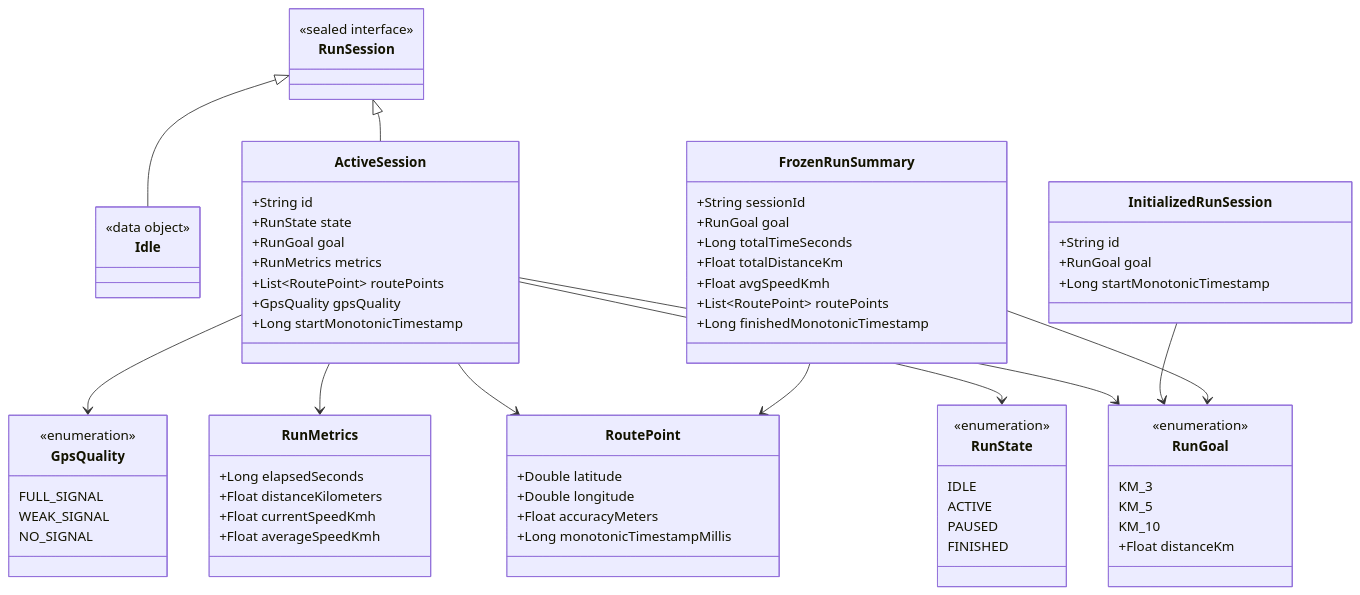
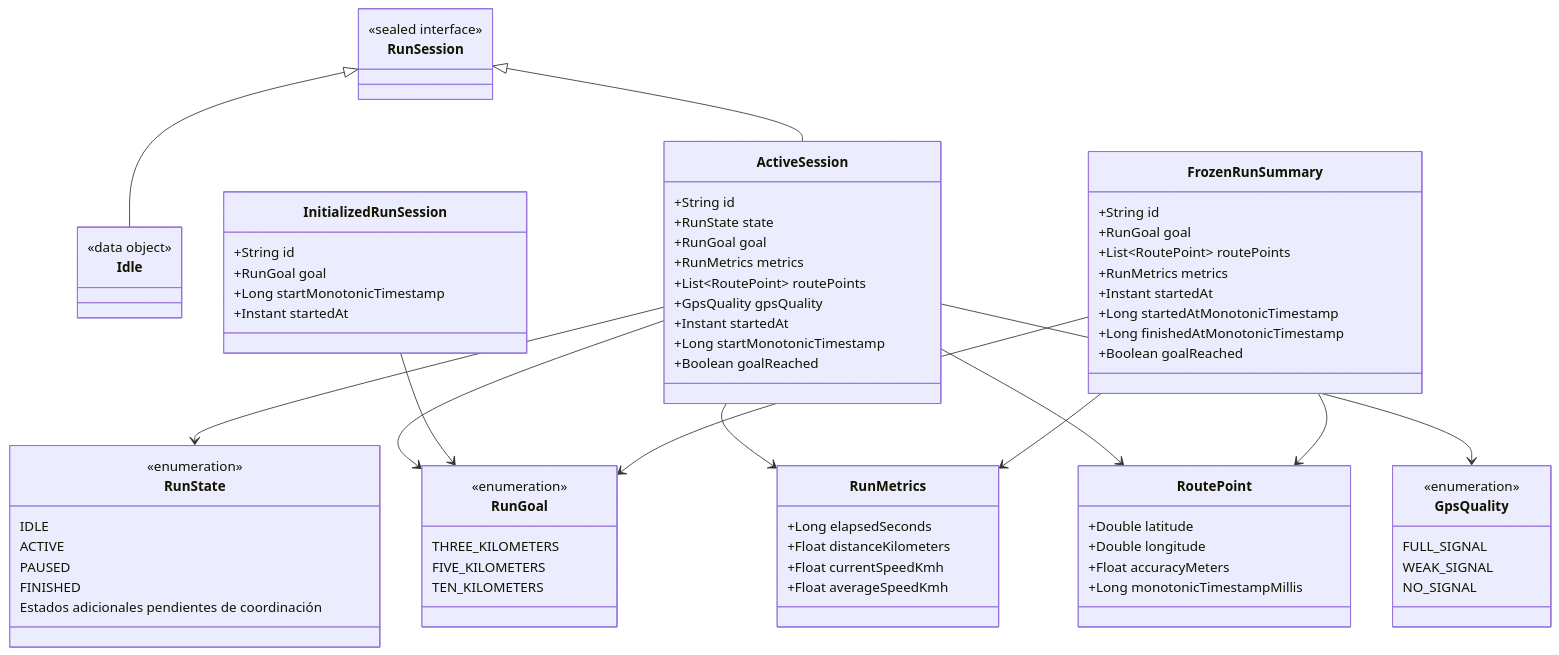
The fifth of 5 diagrams in .kiro/specs/live-route-tracking/design.md (unlam-tec-movil/A3-2026-H2-E2), drawn with Mermaid before and after one commit. The commit also changed other lines of this file, not shown here.

````diff
--- a/.kiro/specs/live-route-tracking/design.md
+++ b/.kiro/specs/live-route-tracking/design.md
@@ -698,7 +1038,9 @@
         +RunMetrics metrics
         +List~RoutePoint~ routePoints
         +GpsQuality gpsQuality
+        +Instant startedAt
         +Long startMonotonicTimestamp
+        +Boolean goalReached
     }
 
     class RunState {
@@ -707,14 +1049,14 @@
         ACTIVE
         PAUSED
         FINISHED
+        Estados adicionales pendientes de coordinación
     }
 
     class RunGoal {
         <<enumeration>>
-        KM_3
-        KM_5
-        KM_10
-        +Float distanceKm
+        THREE_KILOMETERS
+        FIVE_KILOMETERS
+        TEN_KILOMETERS
     }
 
     class RunMetrics {
@@ -742,16 +1084,18 @@
         +String id
         +RunGoal goal
         +Long startMonotonicTimestamp
+        +Instant startedAt
     }
 
     class FrozenRunSummary {
-        +String sessionId
+        +String id
         +RunGoal goal
-        +Long totalTimeSeconds
-        +Float totalDistanceKm
-        +Float avgSpeedKmh
         +List~RoutePoint~ routePoints
-        +Long finishedMonotonicTimestamp
+        +RunMetrics metrics
+        +Instant startedAt
+        +Long startedAtMonotonicTimestamp
+        +Long finishedAtMonotonicTimestamp
+        +Boolean goalReached
     }
 
     RunSession <|-- Idle
@@ -764,4 +1108,5 @@
     InitializedRunSession --> RunGoal
     FrozenRunSummary --> RunGoal
     FrozenRunSummary --> RoutePoint
+    FrozenRunSummary --> RunMetrics
 ```
````
